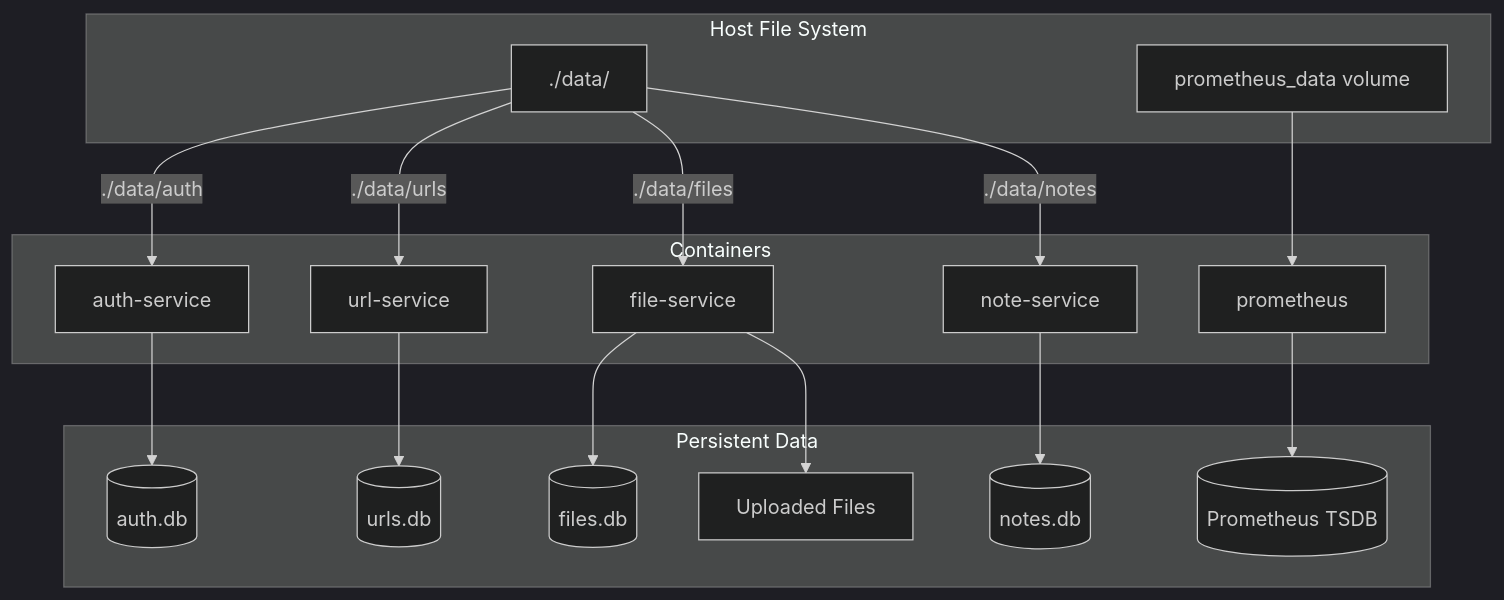
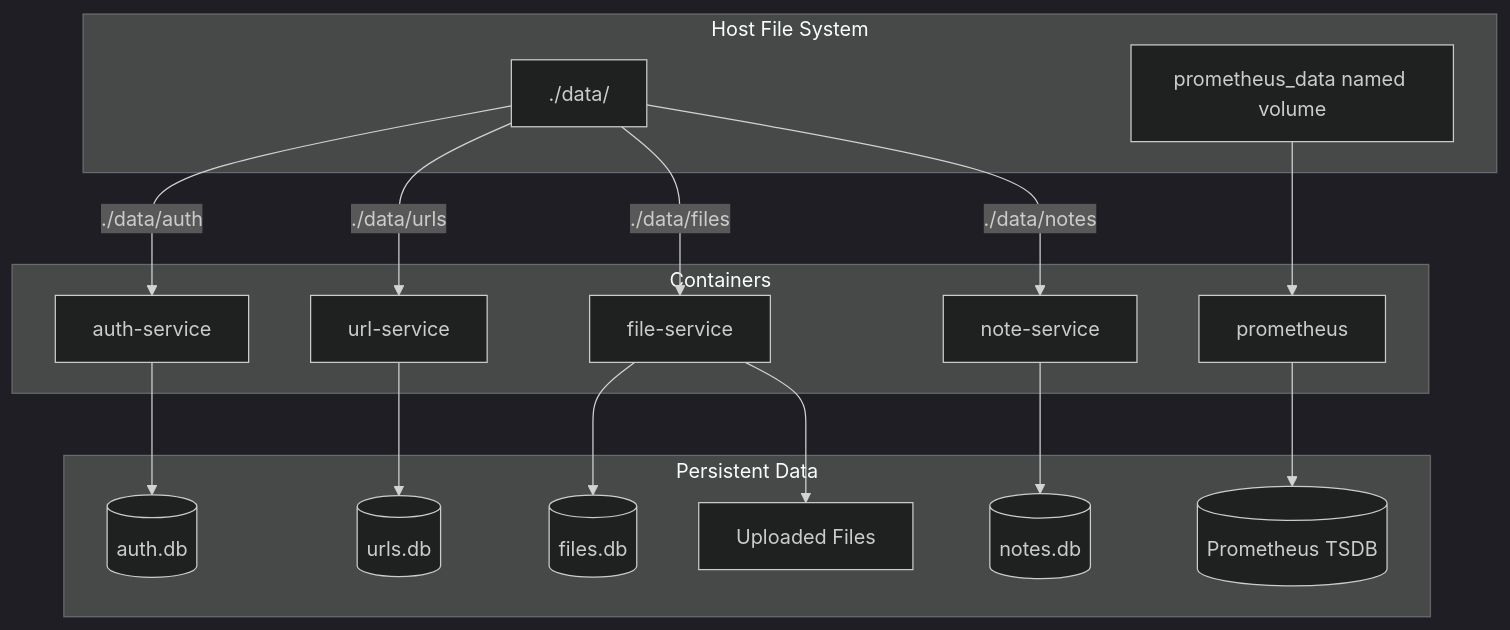
Before and after one commit to Joseph-Sameh-0/monitoring-a-containerized-url-shortener-webservice-3: the eighth of 9 diagrams in DEVOPS.md, drawn with Mermaid (dark theme). The commit also changed other lines of this file and 1 other file, not shown here.

Commit message:
ARCHITECTURE.md

````diff
--- a/DEVOPS.md
+++ b/DEVOPS.md
@@ -769,37 +769,37 @@
 ```mermaid
 graph TB
     subgraph "Host File System"
         DataDir[./data/]
-        PromVol[prometheus_data volume]
+        PromVol[prometheus_data named volume]
     end
     
     subgraph "Containers"
         Auth[auth-service]
         URL[url-service]
         File[file-service]
         Note[note-service]
         Prom[prometheus]
     end
     
     subgraph "Persistent Data"
         AuthDB[(auth.db)]
         UrlDB[(urls.db)]
         FileDB[(files.db)]
         FileStore[Uploaded Files]
         NoteDB[(notes.db)]
         PromDB[(Prometheus TSDB)]
     end
     
     DataDir --> |./data/auth| Auth
     DataDir --> |./data/urls| URL
     DataDir --> |./data/files| File
     DataDir --> |./data/notes| Note
     PromVol --> Prom
     
     Auth --> AuthDB
     URL --> UrlDB
     File --> FileDB
     File --> FileStore
     Note --> NoteDB
     Prom --> PromDB
 ```
````
